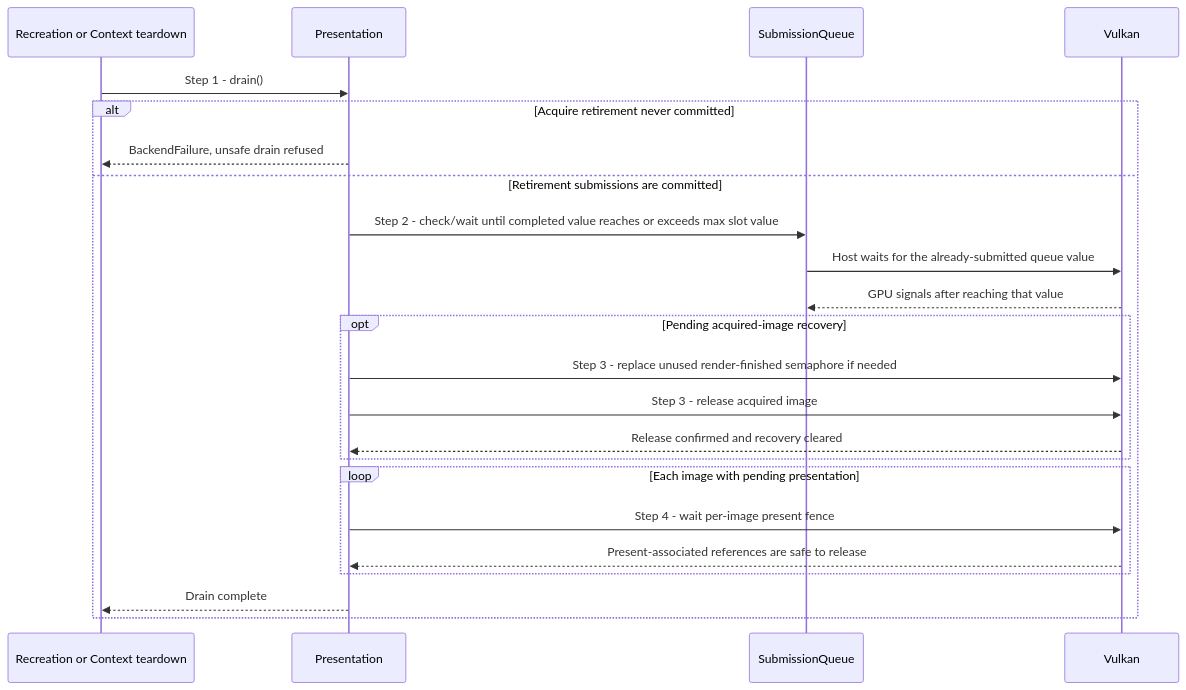
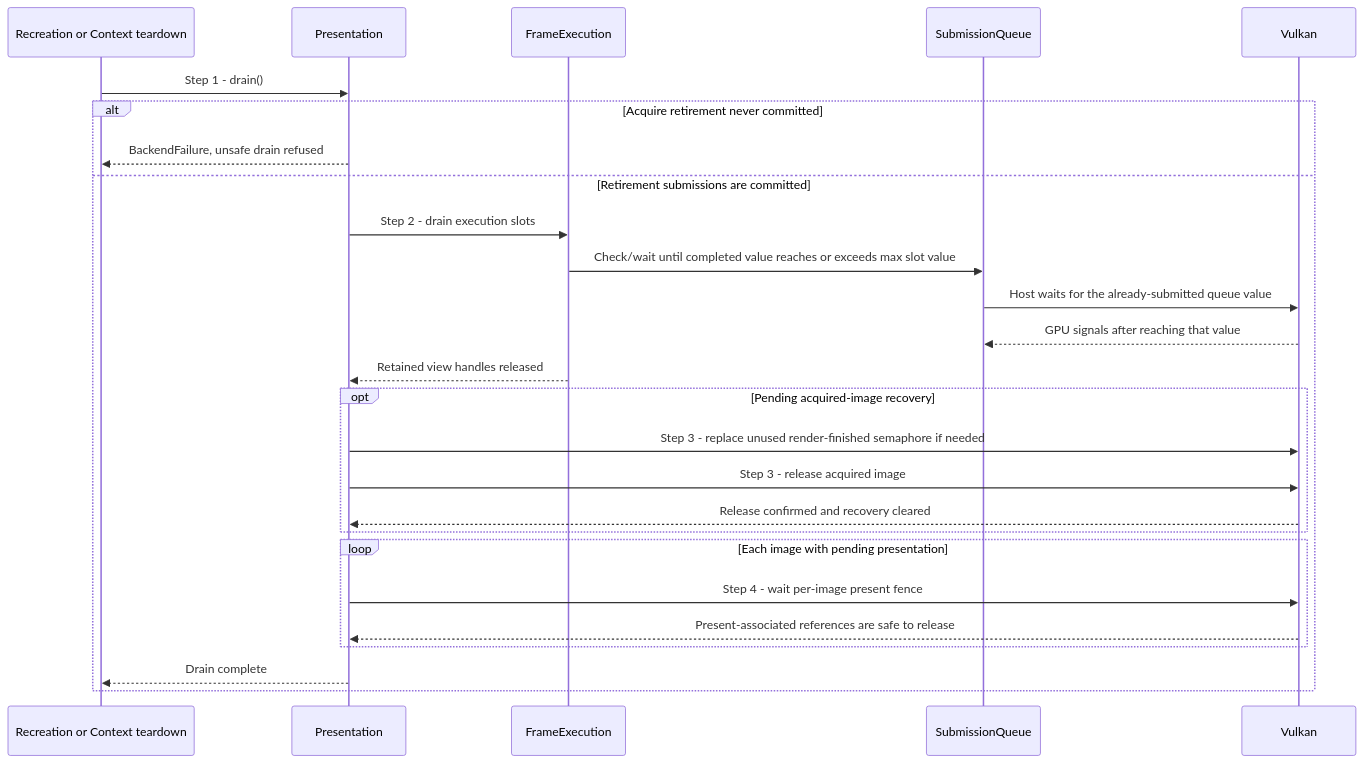
The diagram in docs/use-cases/drain-presentation.md (a-soltysik/Panda), drawn with Mermaid before and after one commit. The commit also changed other lines of this file and 23 other files, not shown here.

First line of the commit message:
Separate frame execution from window presentation (#111)

````diff
--- a/docs/use-cases/drain-presentation.md
+++ b/docs/use-cases/drain-presentation.md
@@ -30,25 +31,28 @@
 ```mermaid
 sequenceDiagram
     participant R as Recreation or Context teardown
     participant P as Presentation
+    participant E as FrameExecution
     participant Q as SubmissionQueue
     participant V as Vulkan
     R->>P: Step 1 - drain()
     alt Acquire retirement never committed
         P-->>R: BackendFailure, unsafe drain refused
     else Retirement submissions are committed
-        P->>Q: Step 2 - check/wait until completed value reaches or exceeds max slot value
+        P->>E: Step 2 - drain execution slots
+        E->>Q: Check/wait until completed value reaches or exceeds max slot value
         Q->>V: Host waits for the already-submitted queue value
         V-->>Q: GPU signals after reaching that value
+        E-->>P: Retained view handles released
         opt Pending acquired-image recovery
             P->>V: Step 3 - replace unused render-finished semaphore if needed
             P->>V: Step 3 - release acquired image
             V-->>P: Release confirmed and recovery cleared
         end
         loop Each image with pending presentation
             P->>V: Step 4 - wait per-image present fence
             V-->>P: Present-associated references are safe to release
         end
         P-->>R: Drain complete
     end
 ```
````
